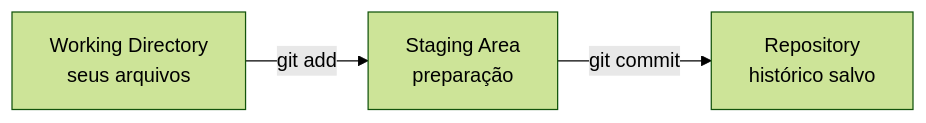
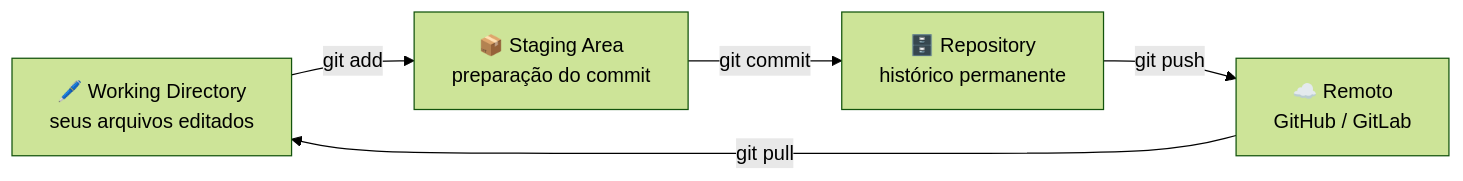
One commit to labcity-ufpa/Workshop-Git-Docker changed the diagram in docs/git/conceitos.md. Above: the diagram before and after it, drawn with Mermaid (forest theme). The commit also changed other lines of this file and 20 other files, not shown here.

````diff
--- a/docs/git/conceitos.md
+++ b/docs/git/conceitos.md
@@ -35,5 +52,7 @@
 ```mermaid
 graph LR
-    A[Working Directory<br>seus arquivos] -->|git add| B[Staging Area<br>preparação]
-    B -->|git commit| C[Repository<br>histórico salvo]
+    A["🖊️ Working Directory<br>seus arquivos editados"] -->|git add| B["📦 Staging Area<br>preparação do commit"]
+    B -->|git commit| C["🗄️ Repository<br>histórico permanente"]
+    C -->|git push| D["☁️ Remoto<br>GitHub / GitLab"]
+    D -->|git pull| A
 ```
````
